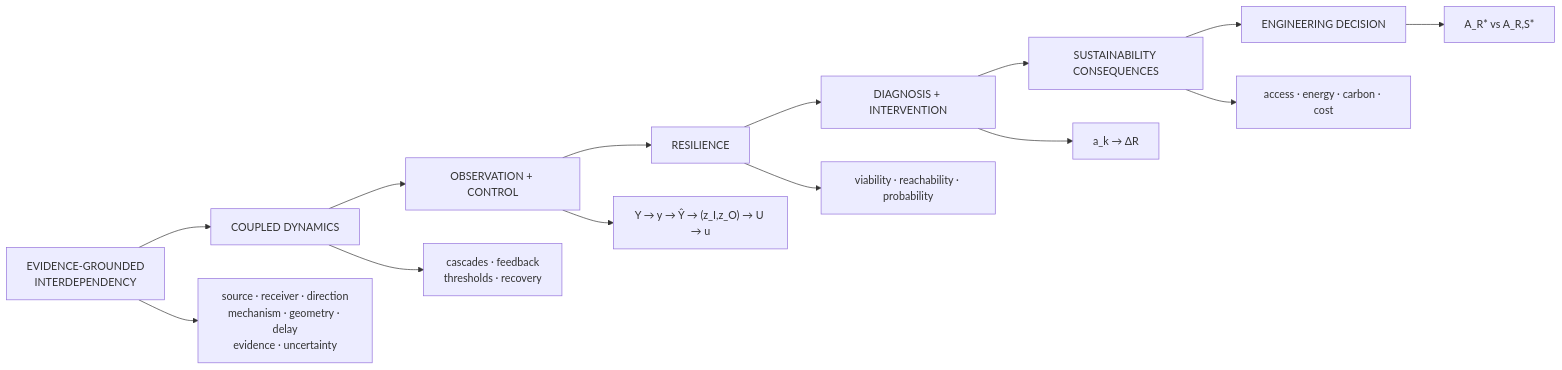
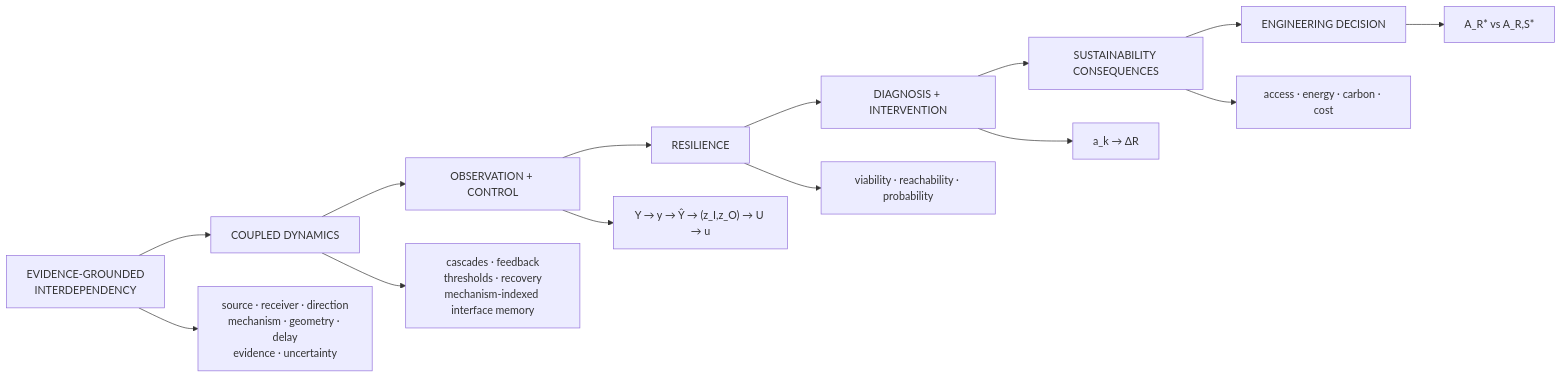
Before and after one commit to Dosust/MSE-thesis: the third of 5 diagrams in figures/THESIS_FULL_LOGIC_MINDMAP_V1.md, drawn with Mermaid. The commit also changed other lines of this file and 6 other files, not shown here.

````diff
--- a/figures/THESIS_FULL_LOGIC_MINDMAP_V1.md
+++ b/figures/THESIS_FULL_LOGIC_MINDMAP_V1.md
@@ -283,20 +283,20 @@
 ```mermaid
 flowchart LR
     I["EVIDENCE-GROUNDED\nINTERDEPENDENCY"]
     D["COUPLED DYNAMICS"]
     O["OBSERVATION + CONTROL"]
     R["RESILIENCE"]
     X["DIAGNOSIS + INTERVENTION"]
     S["SUSTAINABILITY CONSEQUENCES"]
     Q["ENGINEERING DECISION"]
 
     I --> D --> O --> R --> X --> S --> Q
 
     I --> IO["source · receiver · direction\nmechanism · geometry · delay\nevidence · uncertainty"]
-    D --> DO["cascades · feedback\nthresholds · recovery"]
+    D --> DO["cascades · feedback\nthresholds · recovery\nmechanism-indexed interface memory"]
     O --> OO["Y → y → Ŷ → (z_I,z_O) → U → u"]
     R --> RO["viability · reachability · probability"]
     X --> XO["a_k → ΔR"]
     S --> SO["access · energy · carbon · cost"]
     Q --> QO["A_R* vs A_R,S*"]
 ```
````
